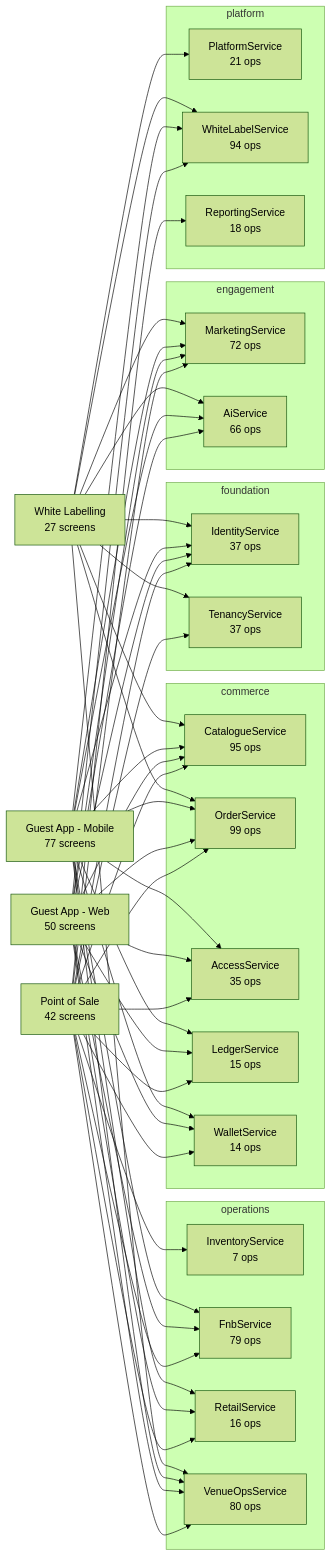
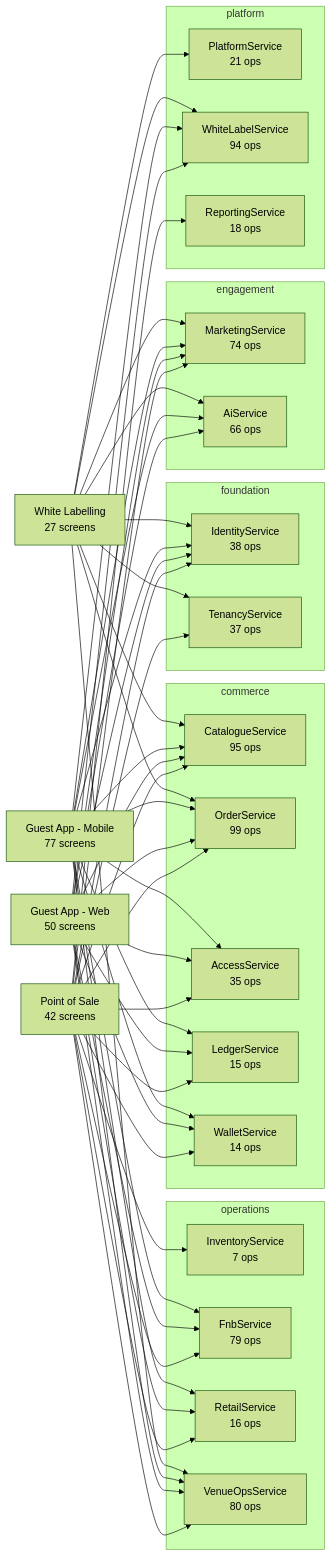
The diagram in ticvai/handoff/service-docs/README.md (Diretide298/Solution_Architecture), drawn with Mermaid (forest theme) before and after one commit. The commit also changed other lines of this file and 19 other files, not shown here.

````diff
--- a/ticvai/handoff/service-docs/README.md
+++ b/ticvai/handoff/service-docs/README.md
@@ -9,79 +9,79 @@
 ```mermaid
 flowchart LR
   POS["Point of Sale<br/>42 screens"]
   WEB["Guest App - Web<br/>50 screens"]
   MOB["Guest App - Mobile<br/>77 screens"]
   WL["White Labelling<br/>27 screens"]
   subgraph foundation
-    IdentityService["IdentityService<br/>37 ops"]
+    IdentityService["IdentityService<br/>38 ops"]
     TenancyService["TenancyService<br/>37 ops"]
   end
   subgraph commerce
     CatalogueService["CatalogueService<br/>95 ops"]
     OrderService["OrderService<br/>99 ops"]
     AccessService["AccessService<br/>35 ops"]
     LedgerService["LedgerService<br/>15 ops"]
     WalletService["WalletService<br/>14 ops"]
   end
   subgraph operations
     InventoryService["InventoryService<br/>7 ops"]
     FnbService["FnbService<br/>79 ops"]
     RetailService["RetailService<br/>16 ops"]
     VenueOpsService["VenueOpsService<br/>80 ops"]
   end
   subgraph engagement
-    MarketingService["MarketingService<br/>72 ops"]
+    MarketingService["MarketingService<br/>74 ops"]
     AiService["AiService<br/>66 ops"]
   end
   subgraph platform
     PlatformService["PlatformService<br/>21 ops"]
     WhiteLabelService["WhiteLabelService<br/>94 ops"]
     ReportingService["ReportingService<br/>18 ops"]
   end
   POS --> OrderService
   WEB --> OrderService
   MOB --> OrderService
   WL --> OrderService
   POS --> FnbService
   WEB --> FnbService
   MOB --> FnbService
   POS --> AccessService
   WEB --> AccessService
   MOB --> AccessService
   WL --> PlatformService
   POS --> MarketingService
   WEB --> MarketingService
   MOB --> MarketingService
   WL --> MarketingService
   POS --> CatalogueService
   WEB --> CatalogueService
   MOB --> CatalogueService
   WL --> CatalogueService
   POS --> VenueOpsService
   WEB --> VenueOpsService
   MOB --> VenueOpsService
   WL --> VenueOpsService
   POS --> TenancyService
   WL --> TenancyService
   POS --> ReportingService
   WEB --> WhiteLabelService
   MOB --> WhiteLabelService
   WL --> WhiteLabelService
   POS --> InventoryService
   POS --> IdentityService
   WEB --> IdentityService
   MOB --> IdentityService
   WL --> IdentityService
   POS --> RetailService
   WEB --> RetailService
   MOB --> RetailService
   WEB --> AiService
   MOB --> AiService
   WL --> AiService
   POS --> WalletService
   WEB --> WalletService
   MOB --> WalletService
   POS --> LedgerService
   WEB --> LedgerService
   MOB --> LedgerService
 ```
````
